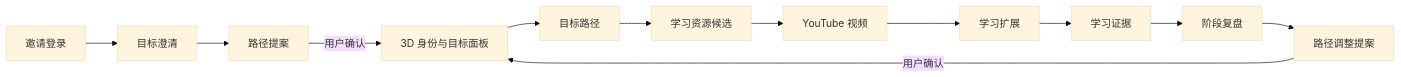
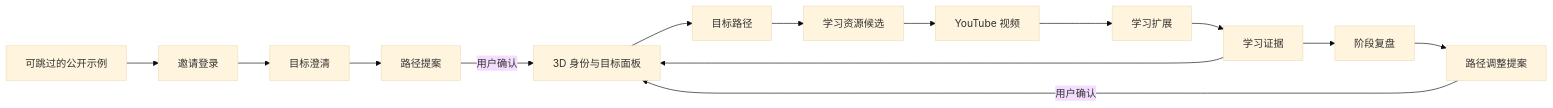
The diagram in docs/target-ui-ux-plan.md (Wjiajie/youtube-digest), drawn with Mermaid (base theme) before and after one commit. The commit also changed other lines of this file and 155 other files, not shown here.

````diff
--- a/docs/target-ui-ux-plan.md
+++ b/docs/target-ui-ux-plan.md
@@ -52,14 +54,16 @@
 ```mermaid
 flowchart LR
+  Preview[可跳过的公开示例] --> Auth
   Auth[邀请登录] --> Clarify[目标澄清]
   Clarify --> Proposal[路径提案]
   Proposal -->|用户确认| Home[3D 身份与目标面板]
   Home --> Goal[目标路径]
   Goal --> Resource[学习资源候选]
   Resource --> YouTube[YouTube 视频]
   YouTube --> Extension[学习扩展]
   Extension --> Evidence[学习证据]
+  Evidence --> Home
   Evidence --> Review[阶段复盘]
   Review --> Adjustment[路径调整提案]
   Adjustment -->|用户确认| Home
 ```
````
